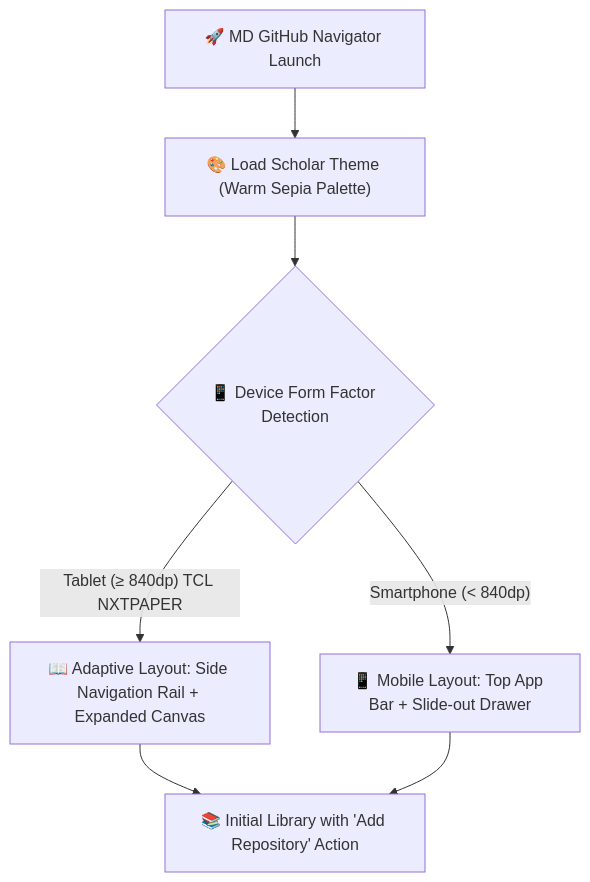
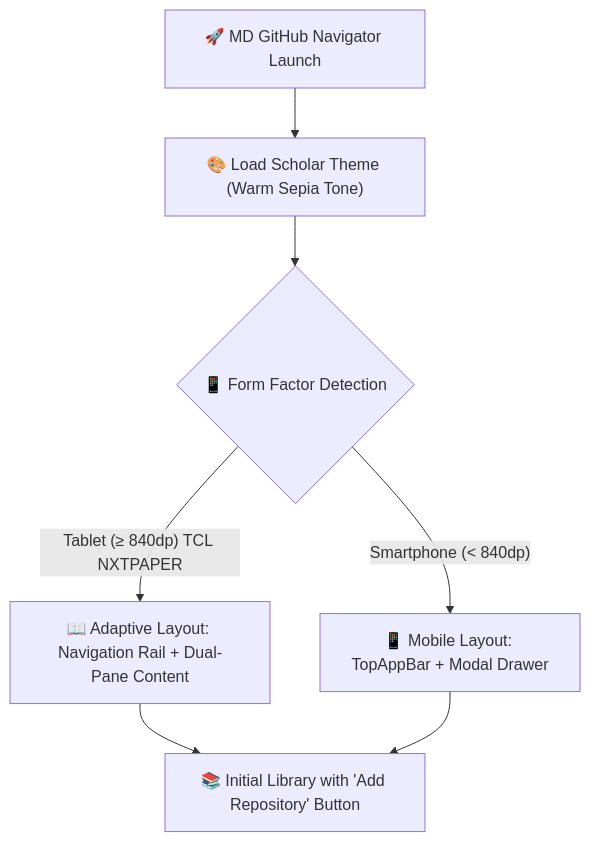
The diagram in docs/en/user-guide/getting-started.md (laralbir/md-gh-navigator), drawn with Mermaid before and after one commit. The commit also changed other lines of this file and 23 other files, not shown here.

Commit message:
docs(guide): add graphical diagrams, UI mockups, and full bilingual parity across user guide

````diff
--- a/docs/en/user-guide/getting-started.md
+++ b/docs/en/user-guide/getting-started.md
@@ -41,9 +35,9 @@
 ```mermaid
 flowchart TD
-    AppStart["🚀 MD GitHub Navigator Launch"] --> ThemeApply["🎨 Load Scholar Theme (Warm Sepia Palette)"]
-    ThemeApply --> DeviceCheck{"📱 Device Form Factor Detection"}
-    DeviceCheck -->|"Tablet (≥ 840dp) TCL NXTPAPER"| TwoPane["📖 Adaptive Layout: Side Navigation Rail + Expanded Canvas"]
-    DeviceCheck -->|"Smartphone (< 840dp)"| CompactView["📱 Mobile Layout: Top App Bar + Slide-out Drawer"]
-    TwoPane --> EmptyLib["📚 Initial Library with 'Add Repository' Action"]
+    AppStart["🚀 MD GitHub Navigator Launch"] --> ThemeApply["🎨 Load Scholar Theme (Warm Sepia Tone)"]
+    ThemeApply --> DeviceCheck{"📱 Form Factor Detection"}
+    DeviceCheck -->|"Tablet (≥ 840dp) TCL NXTPAPER"| TwoPane["📖 Adaptive Layout: Navigation Rail + Dual-Pane Content"]
+    DeviceCheck -->|"Smartphone (< 840dp)"| CompactView["📱 Mobile Layout: TopAppBar + Modal Drawer"]
+    TwoPane --> EmptyLib["📚 Initial Library with 'Add Repository' Button"]
     CompactView --> EmptyLib
 ```
````
